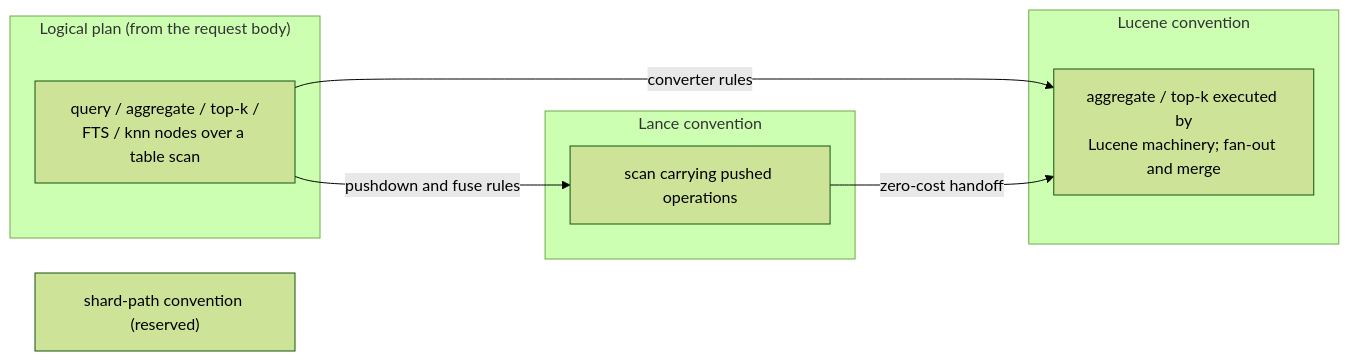
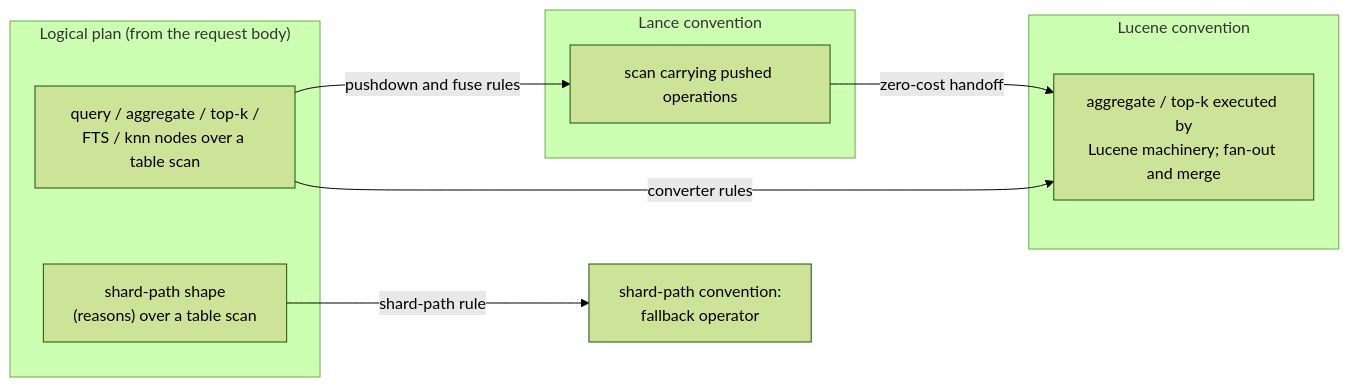
The fourth of 4 diagrams in docs/architecture.md (lawofcycles/lance-opensearch), drawn with Mermaid (forest theme) before and after one commit. The commit also changed other lines of this file and 2 other files, not shown here.

First line of the commit message:
Document the planned shard path fallback

````diff
--- a/docs/architecture.md
+++ b/docs/architecture.md
@@ -294,16 +299,18 @@
 ```mermaid
 flowchart LR
     subgraph logical ["Logical plan (from the request body)"]
         LT["query / aggregate / top-k /<br/>FTS / knn nodes over a table scan"]
+        SS["shard-path shape<br/>(reasons) over a table scan"]
     end
     subgraph lance ["Lance convention"]
         PS["scan carrying pushed operations"]
     end
     subgraph lucene ["Lucene convention"]
         LE["aggregate / top-k executed by<br/>Lucene machinery; fan-out and merge"]
     end
-    SP["shard-path convention (reserved)"]
+    SP["shard-path convention:<br/>fallback operator"]
     LT -- "pushdown and fuse rules" --> PS
     LT -- "converter rules" --> LE
     PS -- "zero-cost handoff" --> LE
+    SS -- "shard-path rule" --> SP
 ```
````
